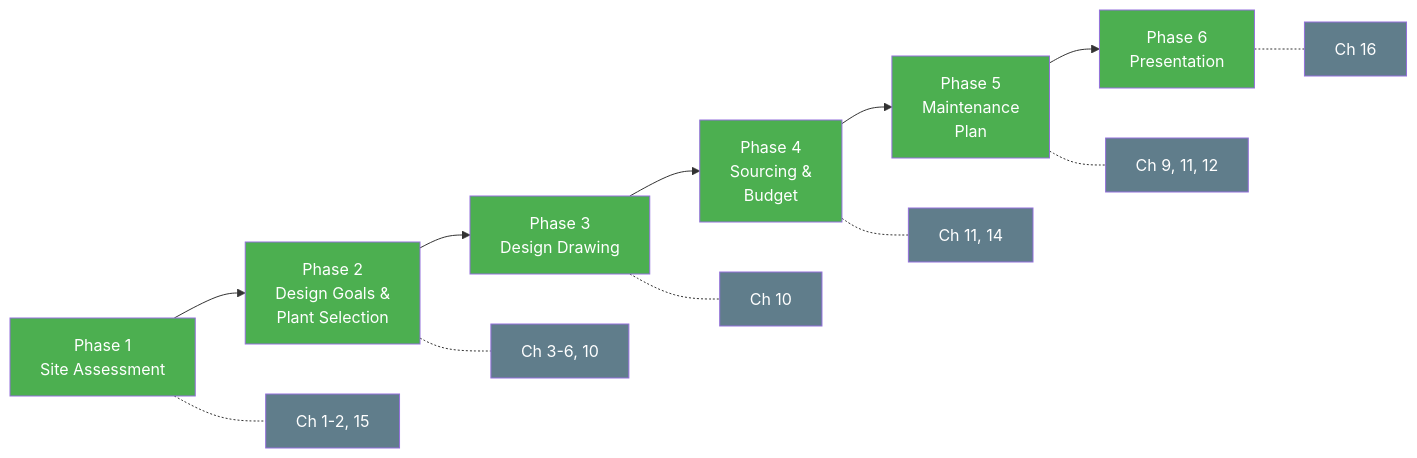
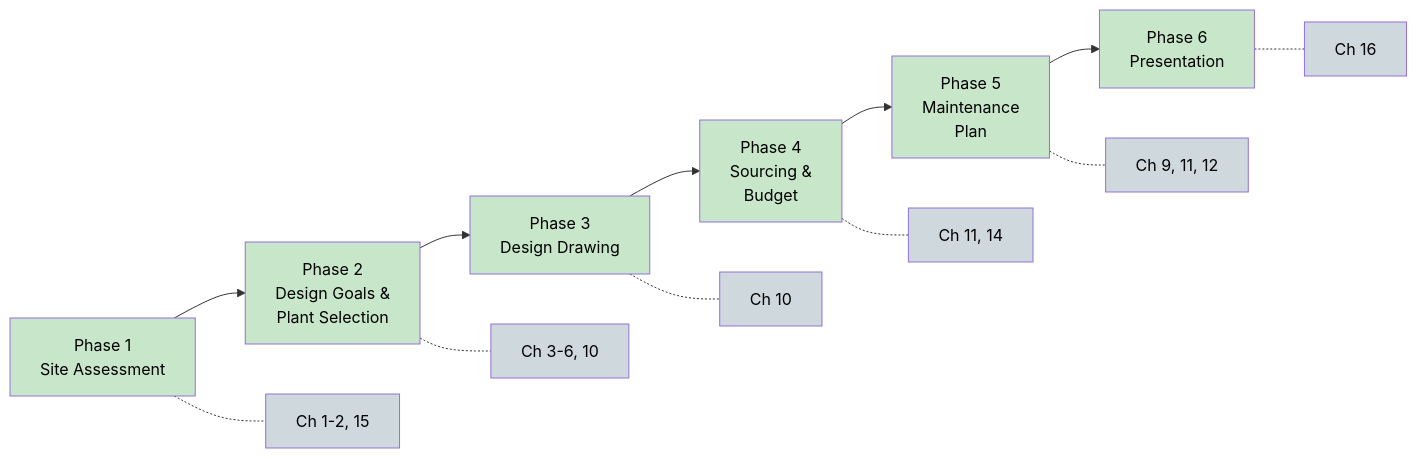
One commit to arunbatchu/minnesota-native-plants changed the first of 2 diagrams in docs/chapters/17-capstone-projects/index.md. Above: the diagram before and after it, drawn with Mermaid. The commit also changed other lines of this file and 10 other files, not shown here.

First line of the commit message:
Switch Mermaid diagrams to pastel palette — black text on light backgrounds

````diff
--- a/docs/chapters/17-capstone-projects/index.md
+++ b/docs/chapters/17-capstone-projects/index.md
@@ -28,28 +28,28 @@
 ```mermaid
 flowchart LR
     P1["Phase 1<br>Site Assessment"] --> P2["Phase 2<br>Design Goals &<br>Plant Selection"]
     P2 --> P3["Phase 3<br>Design Drawing"]
     P3 --> P4["Phase 4<br>Sourcing &<br>Budget"]
     P4 --> P5["Phase 5<br>Maintenance<br>Plan"]
     P5 --> P6["Phase 6<br>Presentation"]
 
     P1 -.- C1["Ch 1-2, 15"]
     P2 -.- C2["Ch 3-6, 10"]
     P3 -.- C3["Ch 10"]
     P4 -.- C4["Ch 11, 14"]
     P5 -.- C5["Ch 9, 11, 12"]
     P6 -.- C6["Ch 16"]
 
-    style P1 fill:#4CAF50,color:#fff
-    style P2 fill:#4CAF50,color:#fff
-    style P3 fill:#4CAF50,color:#fff
-    style P4 fill:#4CAF50,color:#fff
-    style P5 fill:#4CAF50,color:#fff
-    style P6 fill:#4CAF50,color:#fff
-    style C1 fill:#607D8B,color:#fff
-    style C2 fill:#607D8B,color:#fff
-    style C3 fill:#607D8B,color:#fff
-    style C4 fill:#607D8B,color:#fff
-    style C5 fill:#607D8B,color:#fff
-    style C6 fill:#607D8B,color:#fff
+    style P1 fill:#C8E6C9,color:#000
+    style P2 fill:#C8E6C9,color:#000
+    style P3 fill:#C8E6C9,color:#000
+    style P4 fill:#C8E6C9,color:#000
+    style P5 fill:#C8E6C9,color:#000
+    style P6 fill:#C8E6C9,color:#000
+    style C1 fill:#CFD8DC,color:#000
+    style C2 fill:#CFD8DC,color:#000
+    style C3 fill:#CFD8DC,color:#000
+    style C4 fill:#CFD8DC,color:#000
+    style C5 fill:#CFD8DC,color:#000
+    style C6 fill:#CFD8DC,color:#000
 ```
````
